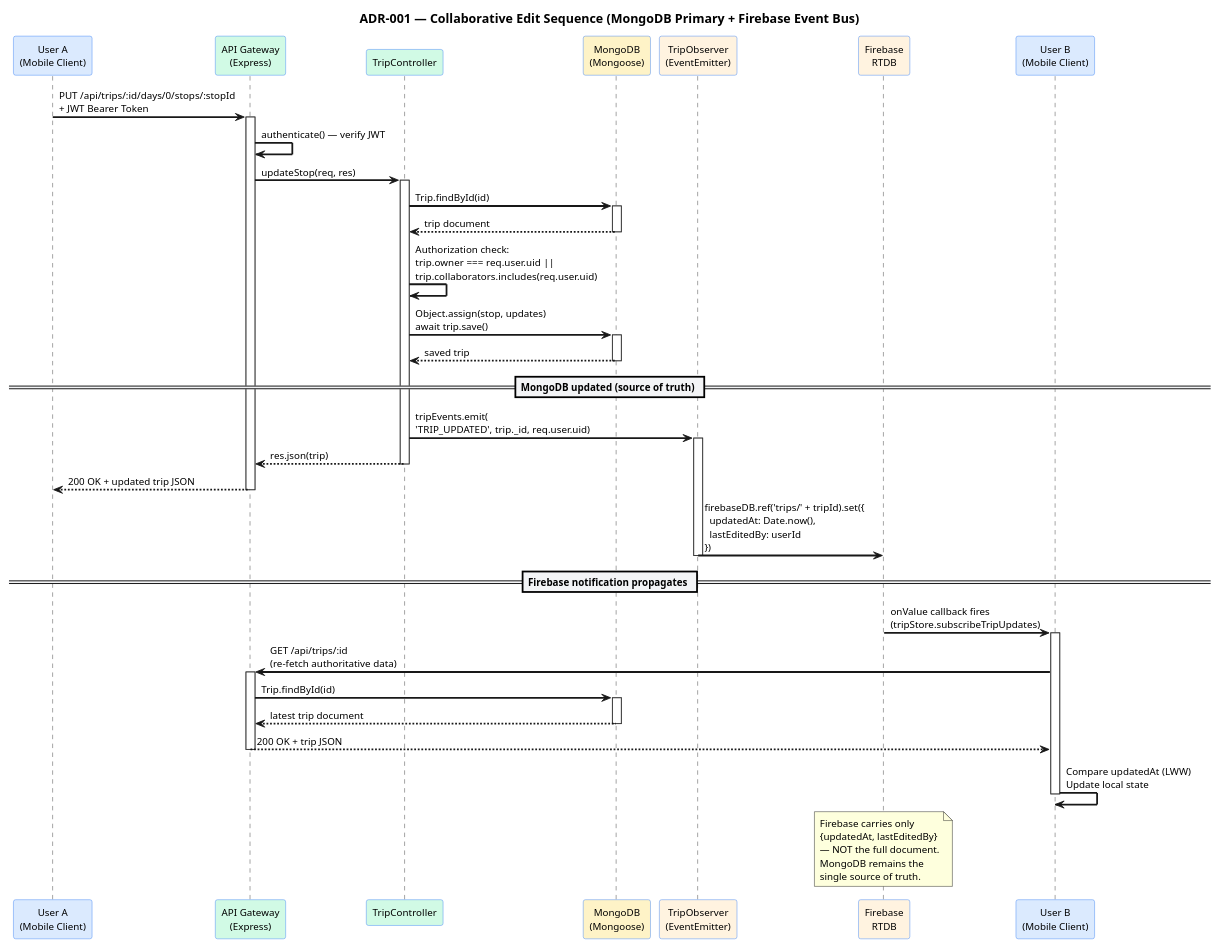
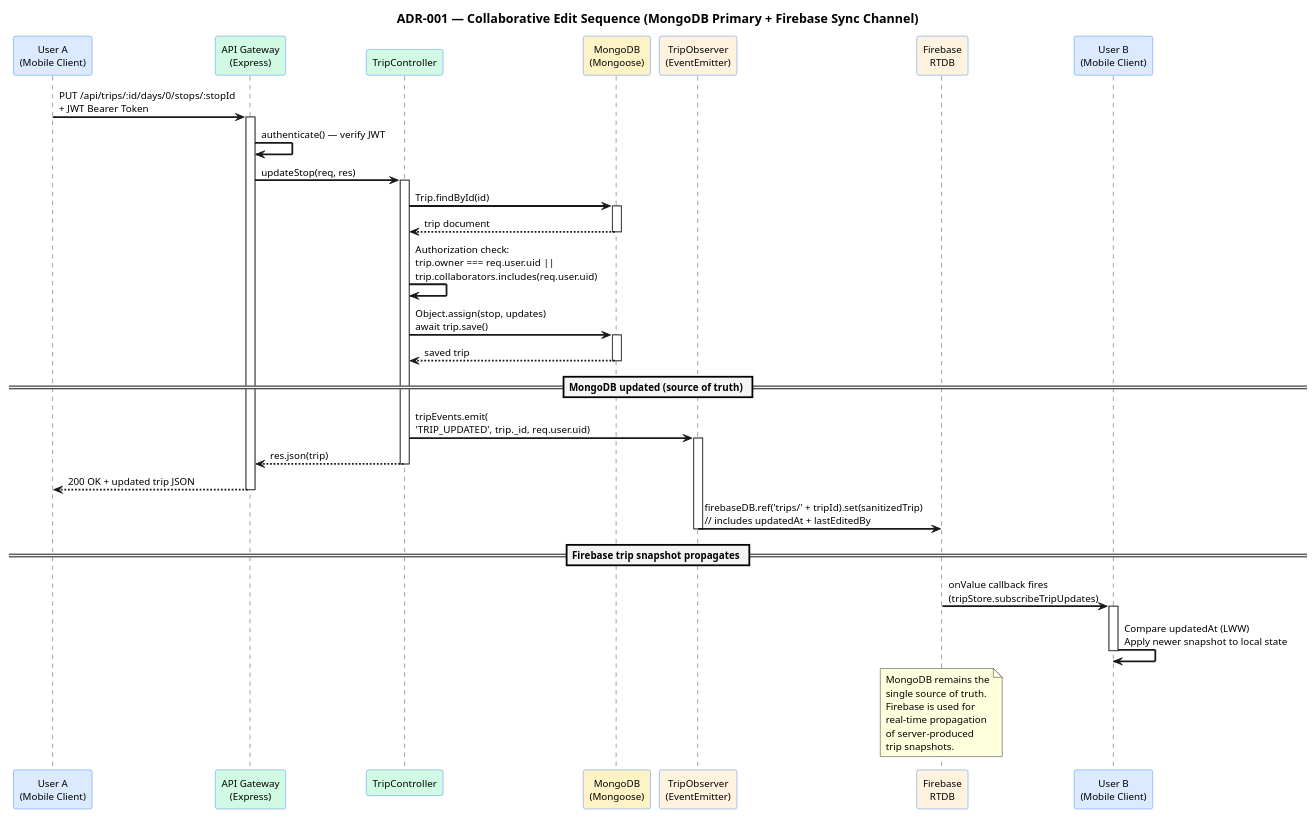
The diagram in docs/task2/adr001_event_flow.puml (arnav4124/WanderMate), drawn with PlantUML before and after one commit. The commit also changed 8 other files, not shown here.

Commit message:
worked on puml files and updated the the flows

```diff
--- a/docs/task2/adr001_event_flow.puml
+++ b/docs/task2/adr001_event_flow.puml
@@ -1,77 +1,70 @@
 @startuml adr001_event_flow
 skinparam backgroundColor white
 skinparam shadowing false
 skinparam defaultFontName "Segoe UI"
 skinparam defaultFontSize 11
 skinparam sequenceArrowThickness 2
 skinparam sequenceLifeLineBorderColor #333333
 skinparam sequenceParticipantBackgroundColor #DBEAFE
 skinparam sequenceParticipantBorderColor #3B82F6
 skinparam sequenceDividerBackgroundColor #F3F4F6
 
-title ADR-001 — Collaborative Edit Sequence (MongoDB Primary + Firebase Event Bus)
+title ADR-001 — Collaborative Edit Sequence (MongoDB Primary + Firebase Sync Channel)
 
 participant "User A\n(Mobile Client)" as A #DBEAFE
 participant "API Gateway\n(Express)" as GW #D1FAE5
 participant "TripController" as TC #D1FAE5
 participant "MongoDB\n(Mongoose)" as DB #FEF3C7
 participant "TripObserver\n(EventEmitter)" as OBS #FFF3E0
 participant "Firebase\nRTDB" as FB #FFF3E0
 participant "User B\n(Mobile Client)" as B #DBEAFE
 
 A -> GW : PUT /api/trips/:id/days/0/stops/:stopId\n+ JWT Bearer Token
 activate GW
 
 GW -> GW : authenticate() — verify JWT
 GW -> TC : updateStop(req, res)
 activate TC
 
 TC -> DB : Trip.findById(id)
 activate DB
 DB --> TC : trip document
 deactivate DB
 
 TC -> TC : Authorization check:\ntrip.owner === req.user.uid ||\ntrip.collaborators.includes(req.user.uid)
 
 TC -> DB : Object.assign(stop, updates)\nawait trip.save()
 activate DB
 DB --> TC : saved trip
 deactivate DB
 
 == MongoDB updated (source of truth) ==
 
 TC -> OBS : tripEvents.emit(\n'TRIP_UPDATED', trip._id, req.user.uid)
 activate OBS
 
 TC --> GW : res.json(trip)
 deactivate TC
 GW --> A : 200 OK + updated trip JSON
 deactivate GW
 
-OBS -> FB : firebaseDB.ref('trips/' + tripId).set({\n  updatedAt: Date.now(),\n  lastEditedBy: userId\n})
+OBS -> FB : firebaseDB.ref('trips/' + tripId).set(sanitizedTrip)\n// includes updatedAt + lastEditedBy
 deactivate OBS
 
-== Firebase notification propagates ==
+== Firebase trip snapshot propagates ==
 
 FB -> B : onValue callback fires\n(tripStore.subscribeTripUpdates)
 activate B
-B -> GW : GET /api/trips/:id\n(re-fetch authoritative data)
-activate GW
-GW -> DB : Trip.findById(id)
-activate DB
-DB --> GW : latest trip document
-deactivate DB
-GW --> B : 200 OK + trip JSON
-deactivate GW
-B -> B : Compare updatedAt (LWW)\nUpdate local state
+B -> B : Compare updatedAt (LWW)\nApply newer snapshot to local state
 deactivate B
 
 note over FB
-  Firebase carries only
-  {updatedAt, lastEditedBy}
-  — NOT the full document.
   MongoDB remains the
   single source of truth.
+  Firebase is used for
+  real-time propagation
+  of server-produced
+  trip snapshots.
 end note
 
 @enduml
```
